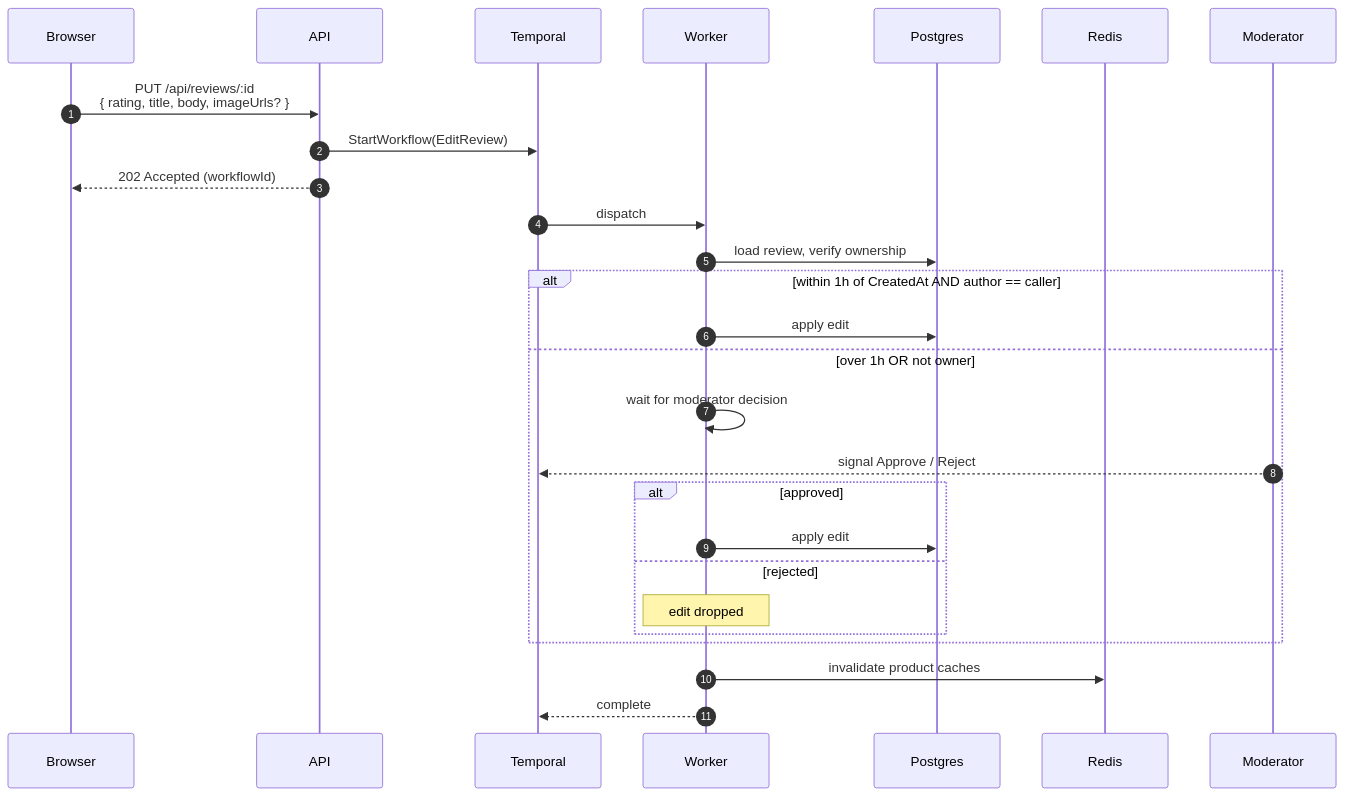
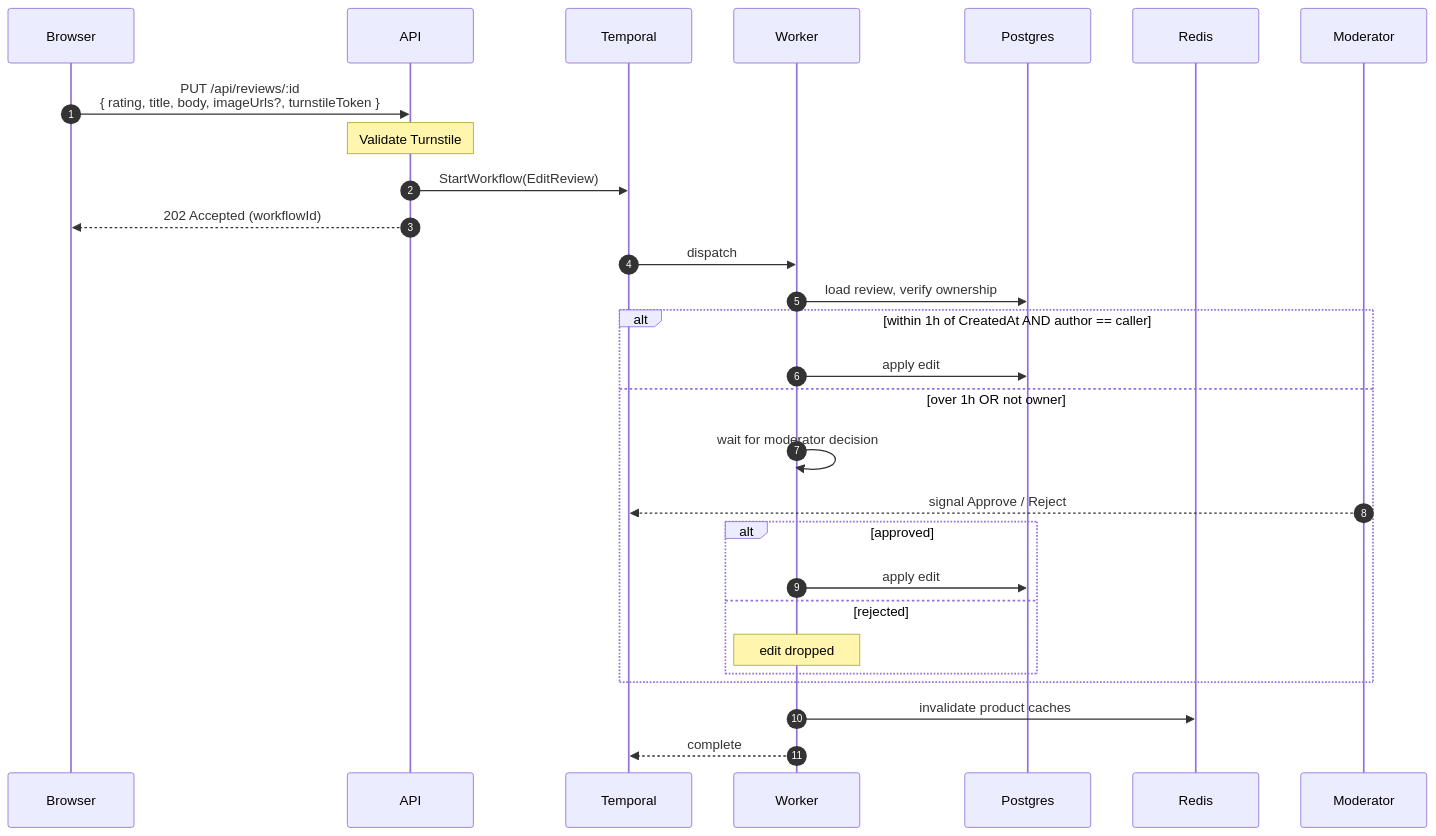
The eighth of 12 diagrams in docs/flows.md (KaliCZ/reviews), drawn with Mermaid before and after one commit. The commit also changed other lines of this file and 29 other files, not shown here.

````diff
--- a/docs/flows.md
+++ b/docs/flows.md
@@ -236,33 +236,34 @@
 ```mermaid
 sequenceDiagram
     autonumber
     participant B as Browser
     participant A as API
     participant T as Temporal
     participant W as Worker
     participant P as Postgres
     participant R as Redis
     participant M as Moderator
 
-    B->>A: PUT /api/reviews/:id<br/>{ rating, title, body, imageUrls? }
+    B->>A: PUT /api/reviews/:id<br/>{ rating, title, body, imageUrls?, turnstileToken }
+    Note over A: Validate Turnstile
     A->>T: StartWorkflow(EditReview)
     A-->>B: 202 Accepted (workflowId)
 
     T->>W: dispatch
     W->>P: load review, verify ownership
 
     alt within 1h of CreatedAt AND author == caller
         W->>P: apply edit
     else over 1h OR not owner
         W->>W: wait for moderator decision
         M-->>T: signal Approve / Reject
         alt approved
             W->>P: apply edit
         else rejected
             Note over W: edit dropped
         end
     end
 
     W->>R: invalidate product caches
     W-->>T: complete
 ```
````
